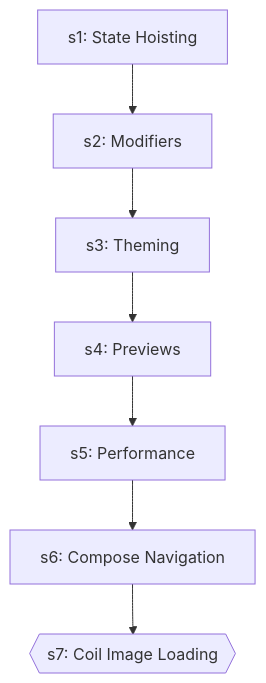
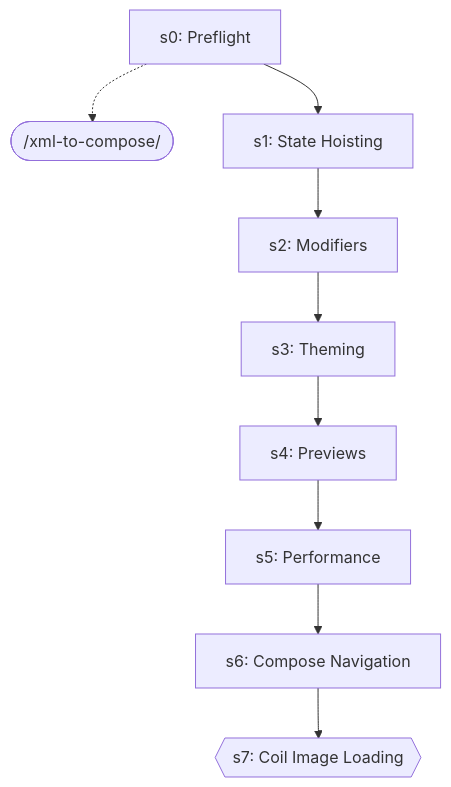
One commit to abhayla/claude-best-practices changed the eighth of 36 diagrams in docs/workflows/_needs-manual-review.md. Above: the diagram before and after it, drawn with Mermaid. The commit also changed other lines of this file and 13 other files, not shown here.

````diff
--- a/docs/workflows/_needs-manual-review.md
+++ b/docs/workflows/_needs-manual-review.md
@@ -288,16 +300,20 @@
 ```mermaid
 graph TD
+    s0["s0: Preflight"]
+    xml_to_compose_ext([/xml-to-compose/])
+    s0 -.-> xml_to_compose_ext
     s1["s1: State Hoisting"]
+    s0 --> s1
     s2["s2: Modifiers"]
     s1 --> s2
     s3["s3: Theming"]
     s2 --> s3
     s4["s4: Previews"]
     s3 --> s4
     s5["s5: Performance"]
     s4 --> s5
     s6["s6: Compose Navigation"]
     s5 --> s6
     s7{{s7: Coil Image Loading}}
     s6 --> s7
 ```
````
